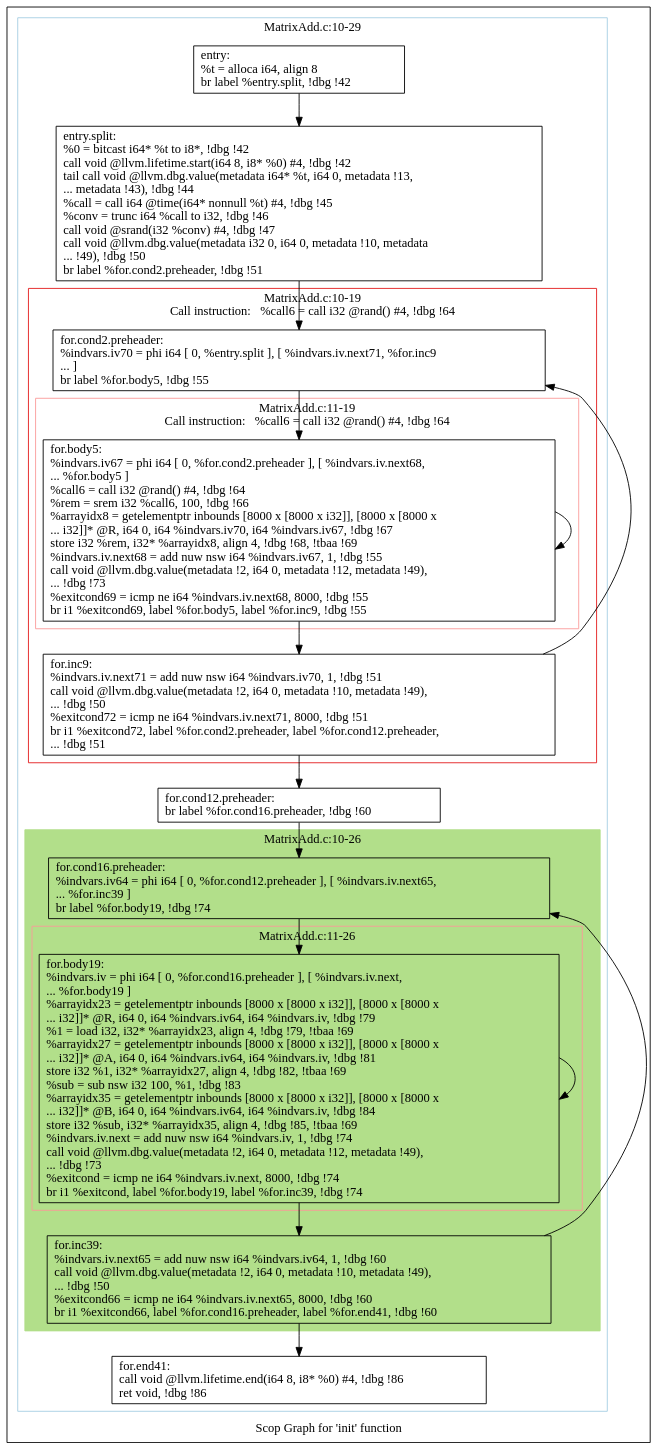
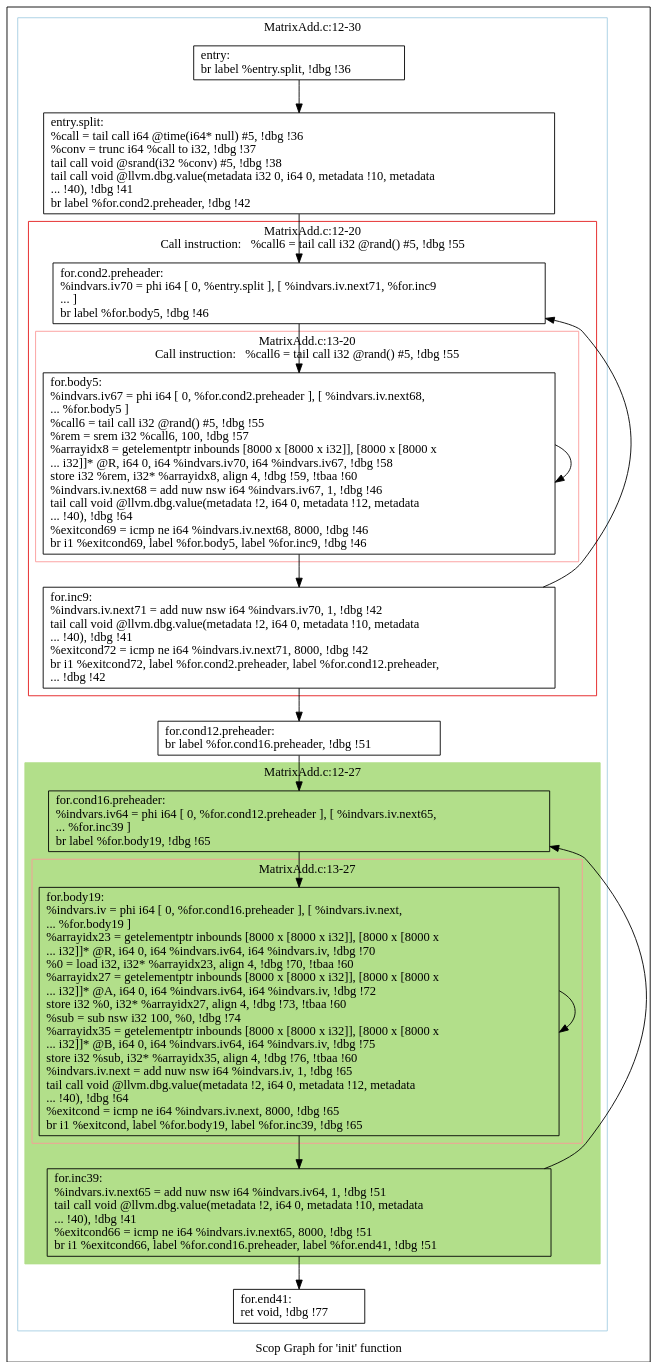
One commit to samminweng/WhileyOpenCL changed the diagram in polly/MatrixAdd/impl/handwritten/dot/scops.init.dot. Above: the diagram before and after it, drawn with Graphviz. The commit also changed 15 other files, not shown here.

```diff
--- a/polly/MatrixAdd/impl/handwritten/dot/scops.init.dot
+++ b/polly/MatrixAdd/impl/handwritten/dot/scops.init.dot
@@ -1,67 +1,67 @@
 digraph "Scop Graph for 'init' function" {
 	label="Scop Graph for 'init' function";
 
-	Node0xaea4240 [shape=record,label="{entry:\l  %t = alloca i64, align 8\l  br label %entry.split, !dbg !42\l}"];
-	Node0xaea4240 -> Node0xae9c910;
-	Node0xae9c910 [shape=record,label="{entry.split:                                      \l  %0 = bitcast i64* %t to i8*, !dbg !42\l  call void @llvm.lifetime.start(i64 8, i8* %0) #4, !dbg !42\l  tail call void @llvm.dbg.value(metadata i64* %t, i64 0, metadata !13,\l... metadata !43), !dbg !44\l  %call = call i64 @time(i64* nonnull %t) #4, !dbg !45\l  %conv = trunc i64 %call to i32, !dbg !46\l  call void @srand(i32 %conv) #4, !dbg !47\l  call void @llvm.dbg.value(metadata i32 0, i64 0, metadata !10, metadata\l... !49), !dbg !50\l  br label %for.cond2.preheader, !dbg !51\l}"];
-	Node0xae9c910 -> Node0xae9c930;
-	Node0xae9c930 [shape=record,label="{for.cond2.preheader:                              \l  %indvars.iv70 = phi i64 [ 0, %entry.split ], [ %indvars.iv.next71, %for.inc9\l... ]\l  br label %for.body5, !dbg !55\l}"];
-	Node0xae9c930 -> Node0xaea4210;
-	Node0xaea4210 [shape=record,label="{for.body5:                                        \l  %indvars.iv67 = phi i64 [ 0, %for.cond2.preheader ], [ %indvars.iv.next68,\l... %for.body5 ]\l  %call6 = call i32 @rand() #4, !dbg !64\l  %rem = srem i32 %call6, 100, !dbg !66\l  %arrayidx8 = getelementptr inbounds [8000 x [8000 x i32]], [8000 x [8000 x\l... i32]]* @R, i64 0, i64 %indvars.iv70, i64 %indvars.iv67, !dbg !67\l  store i32 %rem, i32* %arrayidx8, align 4, !dbg !68, !tbaa !69\l  %indvars.iv.next68 = add nuw nsw i64 %indvars.iv67, 1, !dbg !55\l  call void @llvm.dbg.value(metadata !2, i64 0, metadata !12, metadata !49),\l... !dbg !73\l  %exitcond69 = icmp ne i64 %indvars.iv.next68, 8000, !dbg !55\l  br i1 %exitcond69, label %for.body5, label %for.inc9, !dbg !55\l}"];
-	Node0xaea4210 -> Node0xaea4210[constraint=false];
-	Node0xaea4210 -> Node0xae9c530;
-	Node0xae9c530 [shape=record,label="{for.inc9:                                         \l  %indvars.iv.next71 = add nuw nsw i64 %indvars.iv70, 1, !dbg !51\l  call void @llvm.dbg.value(metadata !2, i64 0, metadata !10, metadata !49),\l... !dbg !50\l  %exitcond72 = icmp ne i64 %indvars.iv.next71, 8000, !dbg !51\l  br i1 %exitcond72, label %for.cond2.preheader, label %for.cond12.preheader,\l... !dbg !51\l}"];
-	Node0xae9c530 -> Node0xae9c930[constraint=false];
-	Node0xae9c530 -> Node0xaf573d0;
-	Node0xaf573d0 [shape=record,label="{for.cond12.preheader:                             \l  br label %for.cond16.preheader, !dbg !60\l}"];
-	Node0xaf573d0 -> Node0xae97100;
-	Node0xae97100 [shape=record,label="{for.cond16.preheader:                             \l  %indvars.iv64 = phi i64 [ 0, %for.cond12.preheader ], [ %indvars.iv.next65,\l... %for.inc39 ]\l  br label %for.body19, !dbg !74\l}"];
-	Node0xae97100 -> Node0xaf573f0;
-	Node0xaf573f0 [shape=record,label="{for.body19:                                       \l  %indvars.iv = phi i64 [ 0, %for.cond16.preheader ], [ %indvars.iv.next,\l... %for.body19 ]\l  %arrayidx23 = getelementptr inbounds [8000 x [8000 x i32]], [8000 x [8000 x\l... i32]]* @R, i64 0, i64 %indvars.iv64, i64 %indvars.iv, !dbg !79\l  %1 = load i32, i32* %arrayidx23, align 4, !dbg !79, !tbaa !69\l  %arrayidx27 = getelementptr inbounds [8000 x [8000 x i32]], [8000 x [8000 x\l... i32]]* @A, i64 0, i64 %indvars.iv64, i64 %indvars.iv, !dbg !81\l  store i32 %1, i32* %arrayidx27, align 4, !dbg !82, !tbaa !69\l  %sub = sub nsw i32 100, %1, !dbg !83\l  %arrayidx35 = getelementptr inbounds [8000 x [8000 x i32]], [8000 x [8000 x\l... i32]]* @B, i64 0, i64 %indvars.iv64, i64 %indvars.iv, !dbg !84\l  store i32 %sub, i32* %arrayidx35, align 4, !dbg !85, !tbaa !69\l  %indvars.iv.next = add nuw nsw i64 %indvars.iv, 1, !dbg !74\l  call void @llvm.dbg.value(metadata !2, i64 0, metadata !12, metadata !49),\l... !dbg !73\l  %exitcond = icmp ne i64 %indvars.iv.next, 8000, !dbg !74\l  br i1 %exitcond, label %for.body19, label %for.inc39, !dbg !74\l}"];
-	Node0xaf573f0 -> Node0xaf573f0[constraint=false];
-	Node0xaf573f0 -> Node0xaf35720;
-	Node0xaf35720 [shape=record,label="{for.inc39:                                        \l  %indvars.iv.next65 = add nuw nsw i64 %indvars.iv64, 1, !dbg !60\l  call void @llvm.dbg.value(metadata !2, i64 0, metadata !10, metadata !49),\l... !dbg !50\l  %exitcond66 = icmp ne i64 %indvars.iv.next65, 8000, !dbg !60\l  br i1 %exitcond66, label %for.cond16.preheader, label %for.end41, !dbg !60\l}"];
-	Node0xaf35720 -> Node0xae97100[constraint=false];
-	Node0xaf35720 -> Node0xaf35780;
-	Node0xaf35780 [shape=record,label="{for.end41:                                        \l  call void @llvm.lifetime.end(i64 8, i8* %0) #4, !dbg !86\l  ret void, !dbg !86\l}"];
+	Node0x926a1b0 [shape=record,label="{entry:\l  br label %entry.split, !dbg !36\l}"];
+	Node0x926a1b0 -> Node0x91d1330;
+	Node0x91d1330 [shape=record,label="{entry.split:                                      \l  %call = tail call i64 @time(i64* null) #5, !dbg !36\l  %conv = trunc i64 %call to i32, !dbg !37\l  tail call void @srand(i32 %conv) #5, !dbg !38\l  tail call void @llvm.dbg.value(metadata i32 0, i64 0, metadata !10, metadata\l... !40), !dbg !41\l  br label %for.cond2.preheader, !dbg !42\l}"];
+	Node0x91d1330 -> Node0x92685d0;
+	Node0x92685d0 [shape=record,label="{for.cond2.preheader:                              \l  %indvars.iv70 = phi i64 [ 0, %entry.split ], [ %indvars.iv.next71, %for.inc9\l... ]\l  br label %for.body5, !dbg !46\l}"];
+	Node0x92685d0 -> Node0x91d0e60;
+	Node0x91d0e60 [shape=record,label="{for.body5:                                        \l  %indvars.iv67 = phi i64 [ 0, %for.cond2.preheader ], [ %indvars.iv.next68,\l... %for.body5 ]\l  %call6 = tail call i32 @rand() #5, !dbg !55\l  %rem = srem i32 %call6, 100, !dbg !57\l  %arrayidx8 = getelementptr inbounds [8000 x [8000 x i32]], [8000 x [8000 x\l... i32]]* @R, i64 0, i64 %indvars.iv70, i64 %indvars.iv67, !dbg !58\l  store i32 %rem, i32* %arrayidx8, align 4, !dbg !59, !tbaa !60\l  %indvars.iv.next68 = add nuw nsw i64 %indvars.iv67, 1, !dbg !46\l  tail call void @llvm.dbg.value(metadata !2, i64 0, metadata !12, metadata\l... !40), !dbg !64\l  %exitcond69 = icmp ne i64 %indvars.iv.next68, 8000, !dbg !46\l  br i1 %exitcond69, label %for.body5, label %for.inc9, !dbg !46\l}"];
+	Node0x91d0e60 -> Node0x91d0e60[constraint=false];
+	Node0x91d0e60 -> Node0x91ca5e0;
+	Node0x91ca5e0 [shape=record,label="{for.inc9:                                         \l  %indvars.iv.next71 = add nuw nsw i64 %indvars.iv70, 1, !dbg !42\l  tail call void @llvm.dbg.value(metadata !2, i64 0, metadata !10, metadata\l... !40), !dbg !41\l  %exitcond72 = icmp ne i64 %indvars.iv.next71, 8000, !dbg !42\l  br i1 %exitcond72, label %for.cond2.preheader, label %for.cond12.preheader,\l... !dbg !42\l}"];
+	Node0x91ca5e0 -> Node0x92685d0[constraint=false];
+	Node0x91ca5e0 -> Node0x9276330;
+	Node0x9276330 [shape=record,label="{for.cond12.preheader:                             \l  br label %for.cond16.preheader, !dbg !51\l}"];
+	Node0x9276330 -> Node0x9276490;
+	Node0x9276490 [shape=record,label="{for.cond16.preheader:                             \l  %indvars.iv64 = phi i64 [ 0, %for.cond12.preheader ], [ %indvars.iv.next65,\l... %for.inc39 ]\l  br label %for.body19, !dbg !65\l}"];
+	Node0x9276490 -> Node0x9276350;
+	Node0x9276350 [shape=record,label="{for.body19:                                       \l  %indvars.iv = phi i64 [ 0, %for.cond16.preheader ], [ %indvars.iv.next,\l... %for.body19 ]\l  %arrayidx23 = getelementptr inbounds [8000 x [8000 x i32]], [8000 x [8000 x\l... i32]]* @R, i64 0, i64 %indvars.iv64, i64 %indvars.iv, !dbg !70\l  %0 = load i32, i32* %arrayidx23, align 4, !dbg !70, !tbaa !60\l  %arrayidx27 = getelementptr inbounds [8000 x [8000 x i32]], [8000 x [8000 x\l... i32]]* @A, i64 0, i64 %indvars.iv64, i64 %indvars.iv, !dbg !72\l  store i32 %0, i32* %arrayidx27, align 4, !dbg !73, !tbaa !60\l  %sub = sub nsw i32 100, %0, !dbg !74\l  %arrayidx35 = getelementptr inbounds [8000 x [8000 x i32]], [8000 x [8000 x\l... i32]]* @B, i64 0, i64 %indvars.iv64, i64 %indvars.iv, !dbg !75\l  store i32 %sub, i32* %arrayidx35, align 4, !dbg !76, !tbaa !60\l  %indvars.iv.next = add nuw nsw i64 %indvars.iv, 1, !dbg !65\l  tail call void @llvm.dbg.value(metadata !2, i64 0, metadata !12, metadata\l... !40), !dbg !64\l  %exitcond = icmp ne i64 %indvars.iv.next, 8000, !dbg !65\l  br i1 %exitcond, label %for.body19, label %for.inc39, !dbg !65\l}"];
+	Node0x9276350 -> Node0x9276350[constraint=false];
+	Node0x9276350 -> Node0x9271cf0;
+	Node0x9271cf0 [shape=record,label="{for.inc39:                                        \l  %indvars.iv.next65 = add nuw nsw i64 %indvars.iv64, 1, !dbg !51\l  tail call void @llvm.dbg.value(metadata !2, i64 0, metadata !10, metadata\l... !40), !dbg !41\l  %exitcond66 = icmp ne i64 %indvars.iv.next65, 8000, !dbg !51\l  br i1 %exitcond66, label %for.cond16.preheader, label %for.end41, !dbg !51\l}"];
+	Node0x9271cf0 -> Node0x9276490[constraint=false];
+	Node0x9271cf0 -> Node0x9276380;
+	Node0x9276380 [shape=record,label="{for.end41:                                        \l  ret void, !dbg !77\l}"];
 	colorscheme = "paired12"
-        subgraph cluster_0xae96890 {
-          label = "MatrixAdd.c:10-29
+        subgraph cluster_0x91c7e40 {
+          label = "MatrixAdd.c:12-30
 ";
           style = solid;
           color = 1
-          subgraph cluster_0xae96190 {
-            label = "MatrixAdd.c:10-19
-Call instruction:   %call6 = call i32 @rand() #4, !dbg !64";
+          subgraph cluster_0x926beb0 {
+            label = "MatrixAdd.c:12-20
+Call instruction:   %call6 = tail call i32 @rand() #5, !dbg !55";
             style = solid;
             color = 6
-            subgraph cluster_0xae953d0 {
-              label = "MatrixAdd.c:11-19
-Call instruction:   %call6 = call i32 @rand() #4, !dbg !64";
+            subgraph cluster_0x91cd2f0 {
+              label = "MatrixAdd.c:13-20
+Call instruction:   %call6 = tail call i32 @rand() #5, !dbg !55";
               style = solid;
               color = 5
-              Node0xaea4210;
+              Node0x91d0e60;
             }
-            Node0xae9c930;
-            Node0xae9c530;
+            Node0x92685d0;
+            Node0x91ca5e0;
           }
-          subgraph cluster_0xae93bf0 {
-            label = "MatrixAdd.c:10-26
+          subgraph cluster_0x91c9bd0 {
+            label = "MatrixAdd.c:12-27
 ";
             style = filled;
-            color = 3            subgraph cluster_0xaf24600 {
-              label = "MatrixAdd.c:11-26
+            color = 3            subgraph cluster_0x91bd4a0 {
+              label = "MatrixAdd.c:13-27
 ";
               style = solid;
               color = 5
-              Node0xaf573f0;
+              Node0x9276350;
             }
-            Node0xae97100;
-            Node0xaf35720;
+            Node0x9276490;
+            Node0x9271cf0;
           }
-          Node0xaea4240;
-          Node0xae9c910;
-          Node0xaf573d0;
-          Node0xaf35780;
+          Node0x926a1b0;
+          Node0x91d1330;
+          Node0x9276330;
+          Node0x9276380;
         }
 }
```
